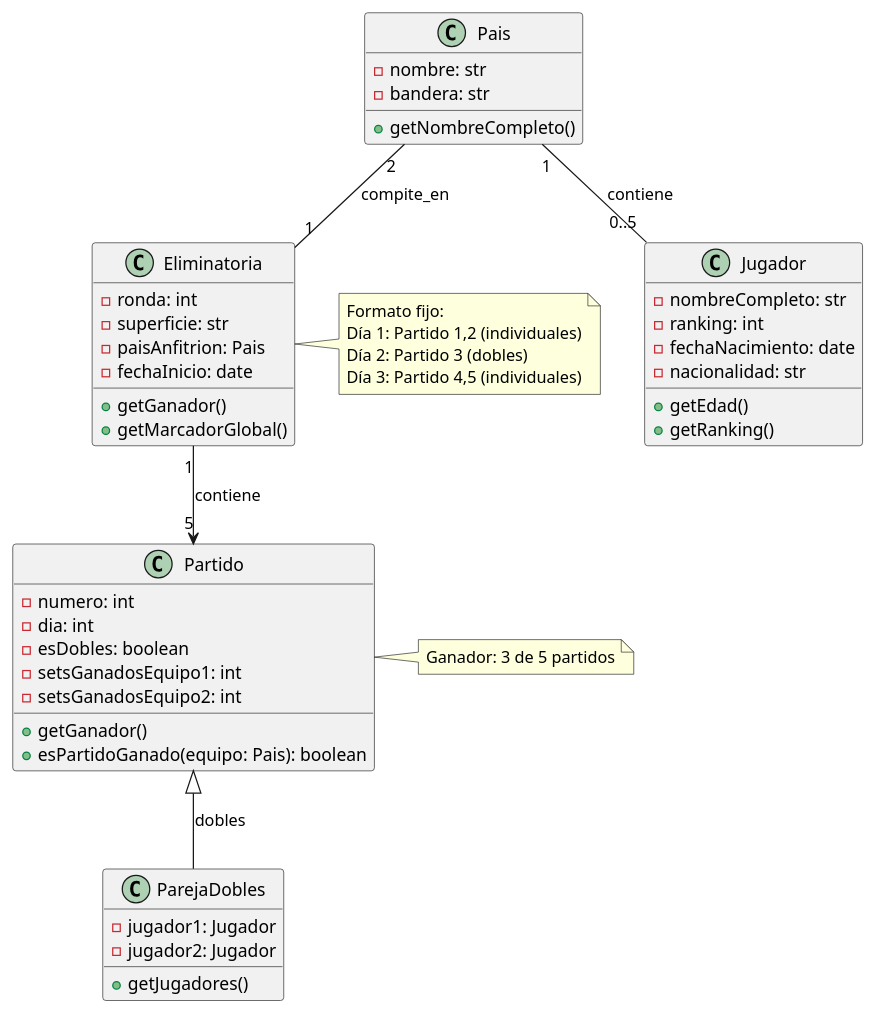
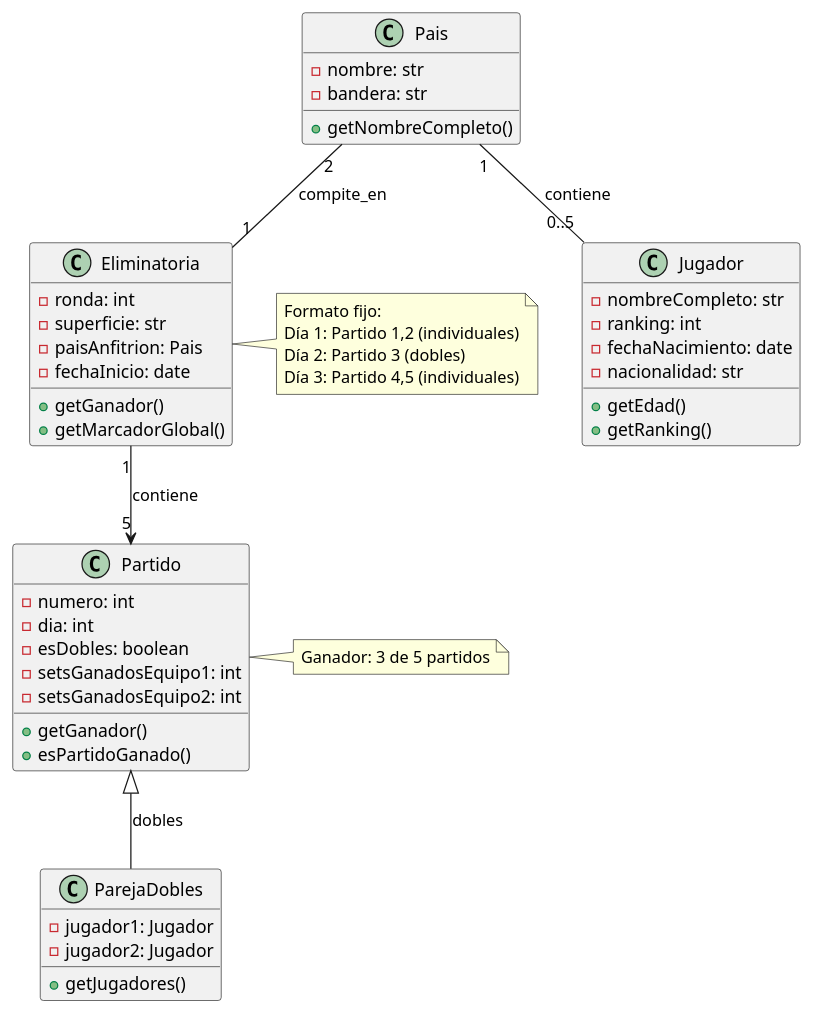
One commit to IES-Rafael-Alberti/2526-u3-3-1-diagramaclases-oscargarciajaen changed the diagram in src/Ej7_DiagramaClases_CopaDavis_sol.md. Above: the diagram before and after it, drawn with PlantUML. The commit also changed other lines of this file and 3 other files, not shown here.

```diff
--- a/src/Ej7_DiagramaClases_CopaDavis_sol.md
+++ b/src/Ej7_DiagramaClases_CopaDavis_sol.md
@@ -47,60 +52,59 @@
     @startuml CopaDavis_Simple
 
     class Pais {
         - nombre: str
         - bandera: str
         + getNombreCompleto()
     }
 
     class Jugador {
         - nombreCompleto: str
         - ranking: int
         - fechaNacimiento: date
         - nacionalidad: str
         + getEdad()
         + getRanking()
     }
 
     class Eliminatoria {
         - ronda: int
         - superficie: str
         - paisAnfitrion: Pais
         - fechaInicio: date
         + getGanador()
         + getMarcadorGlobal()
     }
 
     class Partido {
         - numero: int
         - dia: int
         - esDobles: boolean
         - setsGanadosEquipo1: int
         - setsGanadosEquipo2: int
         + getGanador()
-        + esPartidoGanado(equipo: Pais): boolean
+        + esPartidoGanado()
     }
 
     class ParejaDobles {
         - jugador1: Jugador
         - jugador2: Jugador
         + getJugadores()
     }
 
-    ' Relaciones
     Pais "1" -- "0..5" Jugador : contiene
     Pais "2" -- "1" Eliminatoria : compite_en
     Eliminatoria "1" --> "5" Partido : contiene
     Partido <|-- ParejaDobles : dobles
 
     note right of Eliminatoria
     Formato fijo:
     Día 1: Partido 1,2 (individuales)
     Día 2: Partido 3 (dobles)  
     Día 3: Partido 4,5 (individuales)
     end note
 
     note right of Partido
     Ganador: 3 de 5 partidos
     end note
 
     @enduml
```
